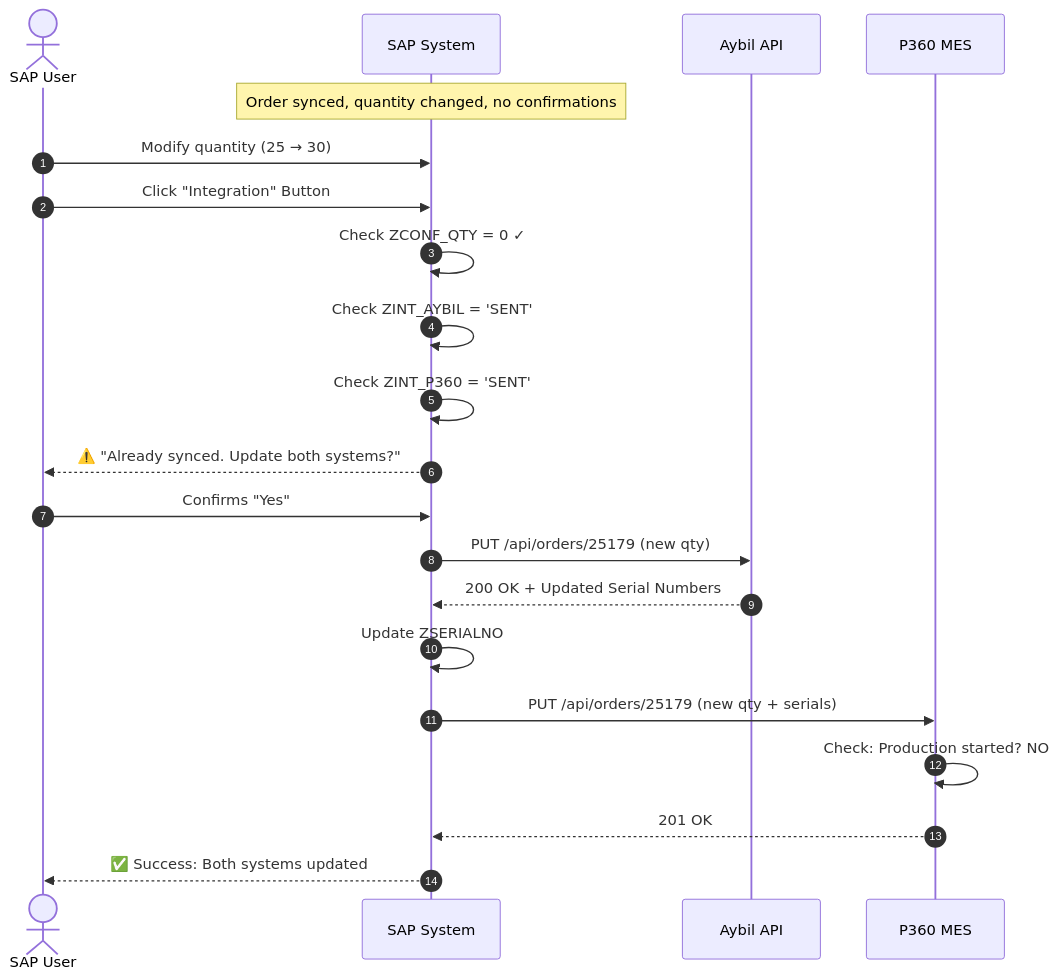
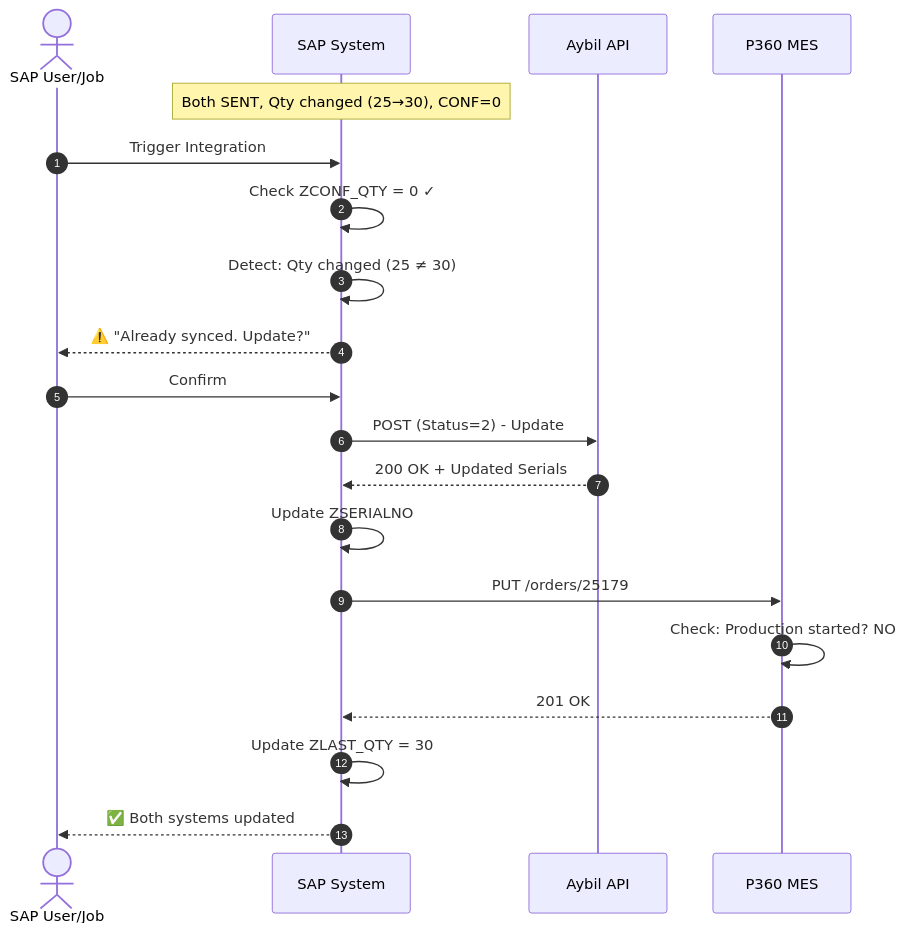
The third of 5 diagrams in P360_Order_Integration.md (genciii/genciii), drawn with Mermaid before and after one commit. The commit also changed other lines of this file, not shown here.

````diff
--- a/P360_Order_Integration.md
+++ b/P360_Order_Integration.md
@@ -353,30 +540,27 @@
 ```mermaid
 sequenceDiagram
     autonumber
-    actor User as SAP User
+    actor User as SAP User/Job
     participant SAP as SAP System
     participant Aybil as Aybil API
     participant P360 as P360 MES
 
-    Note over SAP: Order synced, quantity changed, no confirmations
+    Note over SAP: Both SENT, Qty changed (25→30), CONF=0
     
-    User->>SAP: Modify quantity (25 → 30)
-    User->>SAP: Click "Integration" Button
+    User->>SAP: Trigger Integration
+    SAP->>SAP: Check ZCONF_QTY = 0 ✓
+    SAP->>SAP: Detect: Qty changed (25 ≠ 30)
+    SAP-->>User: ⚠️ "Already synced. Update?"
+    User->>SAP: Confirm
     
-    SAP->>SAP: Check ZCONF_QTY = 0 ✓
-    SAP->>SAP: Check ZINT_AYBIL = 'SENT'
-    SAP->>SAP: Check ZINT_P360 = 'SENT'
-    
-    SAP-->>User: ⚠️ "Already synced. Update both systems?"
-    User->>SAP: Confirms "Yes"
-    
-    SAP->>Aybil: PUT /api/orders/25179 (new qty)
-    Aybil-->>SAP: 200 OK + Updated Serial Numbers
+    SAP->>Aybil: POST (Status=2) - Update
+    Aybil-->>SAP: 200 OK + Updated Serials
     SAP->>SAP: Update ZSERIALNO
     
-    SAP->>P360: PUT /api/orders/25179 (new qty + serials)
+    SAP->>P360: PUT /orders/25179
     P360->>P360: Check: Production started? NO
     P360-->>SAP: 201 OK
+    SAP->>SAP: Update ZLAST_QTY = 30
     
-    SAP-->>User: ✅ Success: Both systems updated
+    SAP-->>User: ✅ Both systems updated
 ```
````
